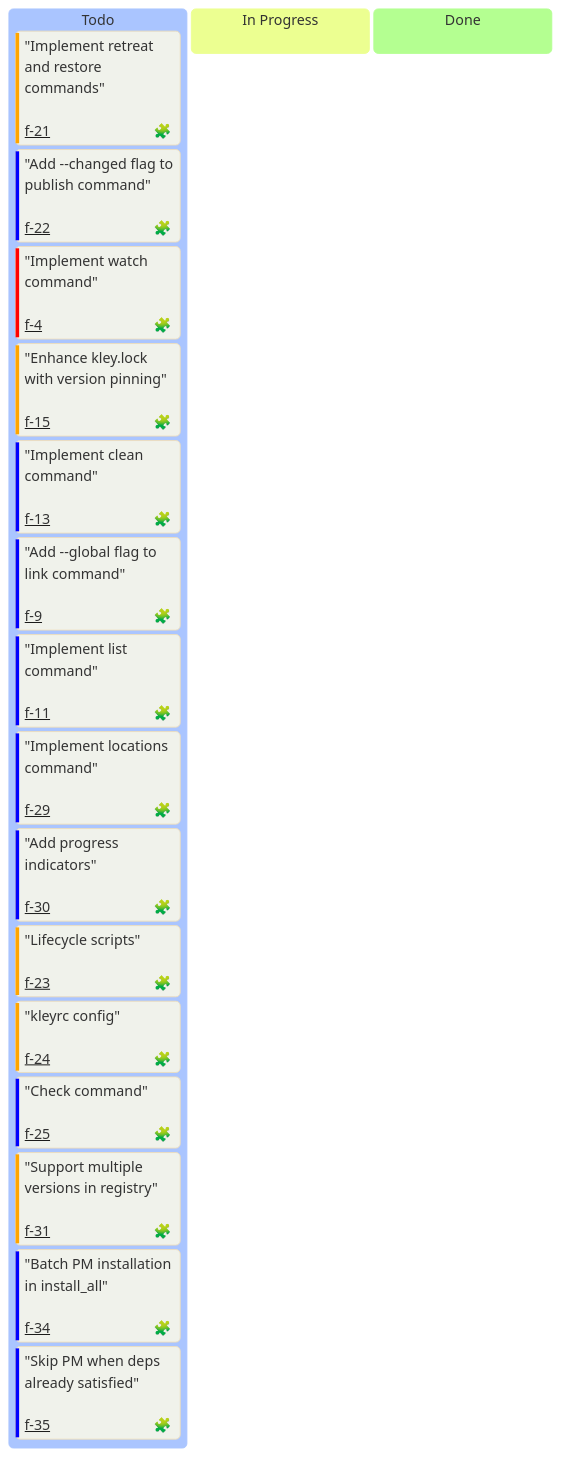
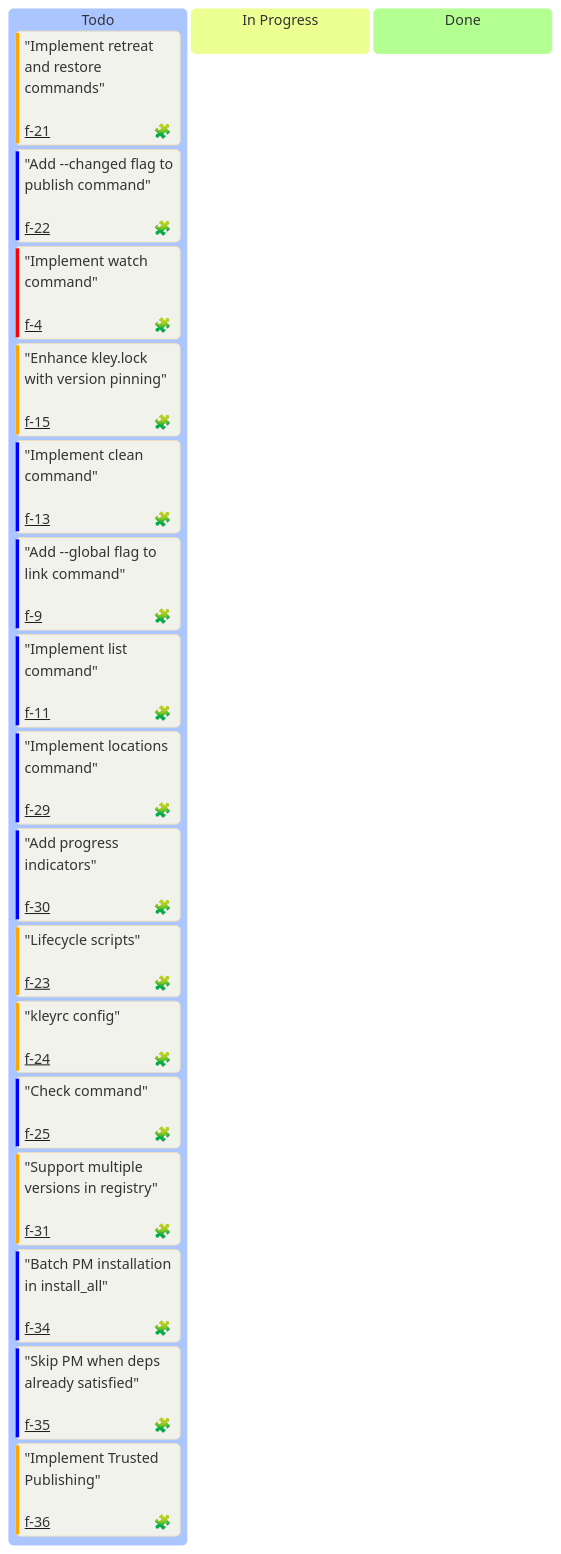
One commit to sumbad/kley changed the diagram in docs/milestones/M2-extended.md. Above: the diagram before and after it, drawn with Mermaid. The commit also changed 3 other files, not shown here.

````diff
--- a/docs/milestones/M2-extended.md
+++ b/docs/milestones/M2-extended.md
@@ -17,42 +17,43 @@
 ```mermaid
 ---
 config:
   kanban:
     ticketBaseUrl: 'https://github.com/sumbad/kley/tree/master/docs/tickets/#TICKET#.md'
     
     ### Legend
     # assigned - 🧩 = feat | 🐞 = bug
     # priority - `Very High` = Critical | `High` = High | `Low` = Medium | `Very Low` = Low
     # ticket - used for a ticket file name (tickets/#TICKET#.md)
 ---
 %%{init: {
   'theme': 'base',
   'themeVariables': {
     'darkMode': false,
     'background': '#F0F2EB'
   }
 }}%%
 
 kanban
     Todo
         "Implement retreat and restore commands"<br/><br/>@{ assigned: 🧩, priority: 'High', ticket: 'f-21' }
         "Add --changed flag to publish command"<br/><br/>@{ assigned: 🧩, priority: 'Low', ticket: 'f-22' }
         "Implement watch command"<br/><br/>@{ assigned: 🧩, priority: 'Very High', ticket: 'f-4' }
         "Enhance kley.lock with version pinning"<br/><br/>@{ assigned: 🧩, priority: 'High', ticket: 'f-15' }
         "Implement clean command"<br/><br/>@{ assigned: 🧩, priority: 'Low', ticket: 'f-13' }
         "Add --global flag to link command"<br/><br/>@{ assigned: 🧩, priority: 'Low', ticket: 'f-9' }
         "Implement list command"<br/><br/>@{ assigned: 🧩, priority: 'Low', ticket: 'f-11' }
         "Implement locations command"<br/><br/>@{ assigned: 🧩, priority: 'Low', ticket: 'f-29' }
         "Add progress indicators"<br/><br/>@{ assigned: 🧩, priority: 'Low', ticket: 'f-30' }
         "Lifecycle scripts"<br/><br/>@{ assigned: 🧩, priority: 'High', ticket: 'f-23' }
         "kleyrc config"<br/><br/>@{ assigned: 🧩, priority: 'High', ticket: 'f-24' }
         "Check command"<br/><br/>@{ assigned: 🧩, priority: 'Low', ticket: 'f-25' }
         "Support multiple versions in registry"<br/><br/>@{ assigned: 🧩, priority: 'High', ticket: 'f-31' }
         "Batch PM installation in install_all"<br/><br/>@{ assigned: 🧩, priority: 'Low', ticket: 'f-34' }
         "Skip PM when deps already satisfied"<br/><br/>@{ assigned: 🧩, priority: 'Low', ticket: 'f-35' }
+        "Implement Trusted Publishing"<br/><br/>@{ assigned: 🧩, priority: 'High', ticket: 'f-36' }
 
     In Progress
 
     Done
 
 ```
````
